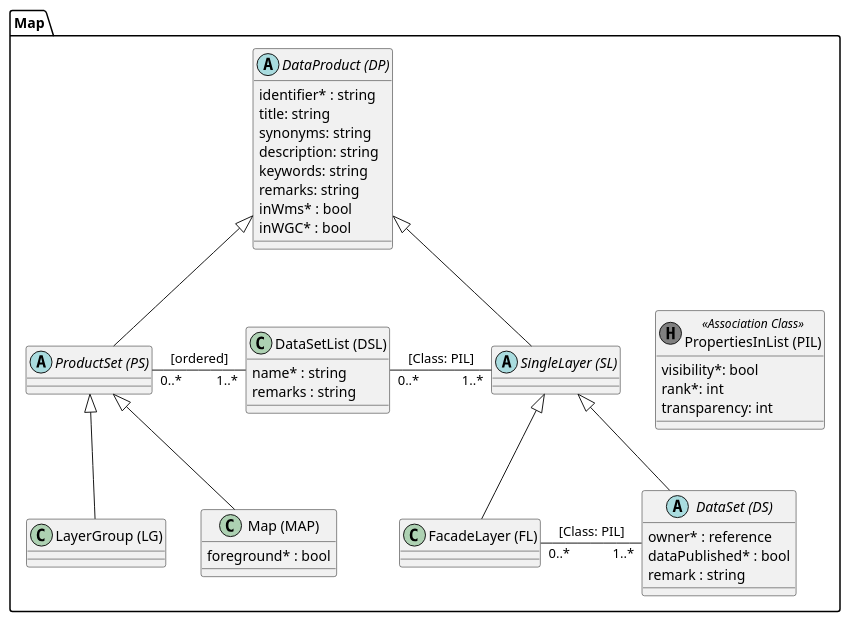
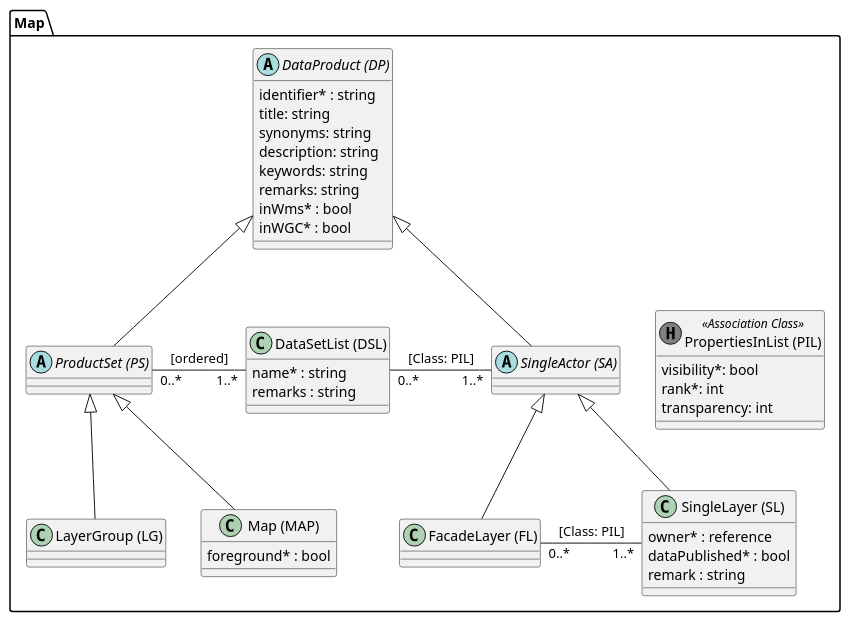
One commit to simi-so/mm changed the diagram in puml/src/simi_map.puml. Above: the diagram before and after it, drawn with PlantUML. The commit also changed 4 other files, not shown here.

```diff
--- a/puml/src/simi_map.puml
+++ b/puml/src/simi_map.puml
@@ -1,56 +1,60 @@
 @startuml
+
 package Map {
   abstract class "DataProduct (DP)" as dp {
       identifier* : string
       title: string
       synonyms: string
       description: string
       keywords: string
       remarks: string
       inWms* : bool
       inWGC* : bool
   }
   
   abstract class "ProductSet (PS)" as ps
   class "LayerGroup (LG)" as lg
 
   class "Map (MAP)" as map {
     foreground* : bool
   }
   
   class "DataSetList (DSL)" as dsl {
     name* : string
     remarks : string
   }
   
-  abstract class "SingleLayer (SL)" as sl
+  abstract class "SingleActor (SA)" as sa
+
   class "FacadeLayer (FL)" as fl
-  abstract class "DataSet (DS)" as ds {
+
+  class "SingleLayer (SL)" as sl {
     owner* : reference
     dataPublished* : bool
     remark : string
   }
   
   class "PropertiesInList (PIL)" as pil << (H, grey) Association Class >> {
   	visibility*: bool
     rank*: int
     transparency: int
   }
   
   dp <|-- ps
   ps <|-- lg
   ps <|-- map
   
-  dp <|-- sl
-  sl <|-- ds
-  sl <|-- fl
+  dp <|-- sa
+  sa <|-- sl
+  sa <|-- fl
   
   ps "0..*" - "1..*" dsl : [ordered]
   
-  dsl "0..*" - "1..*" sl : [Class: PIL]  
-  fl "0..*" - "1..*" ds : [Class: PIL]
+  dsl "0..*" - "1..*" sa : [Class: PIL]  
+  fl "0..*" - "1..*" sl : [Class: PIL]
   
   ' layout help
-  sl -[hidden]> pil
+  sa -[hidden]> pil
 }
+
 @enduml
```
